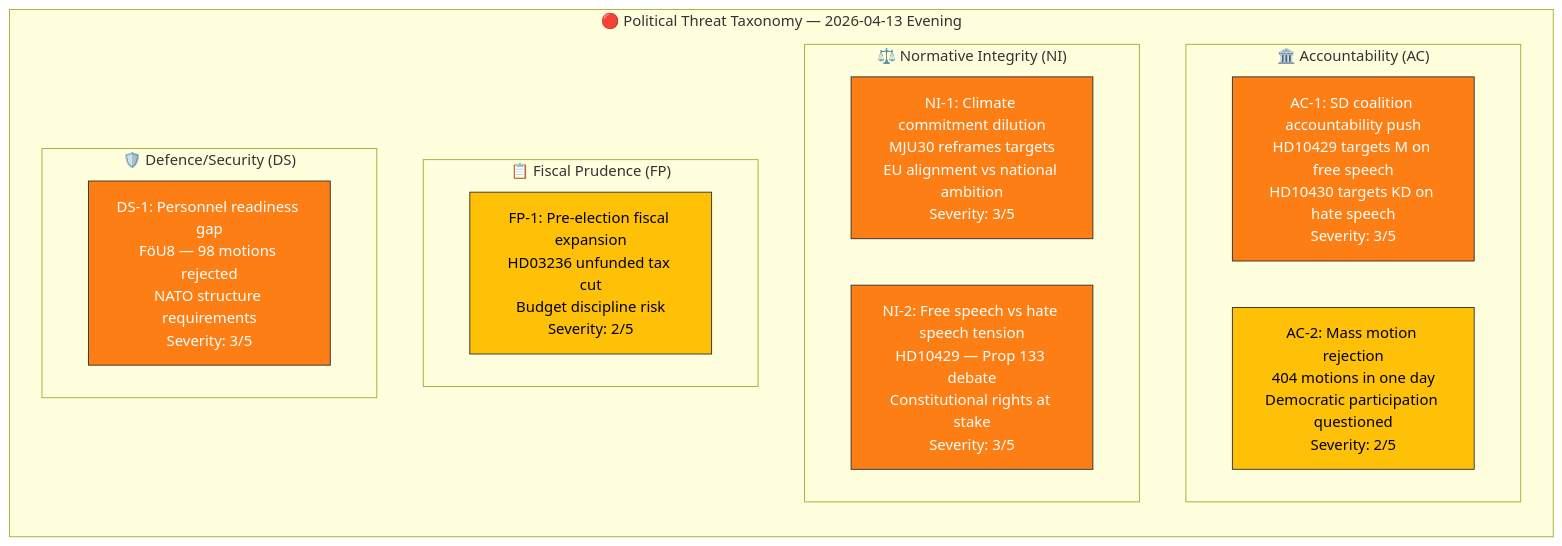
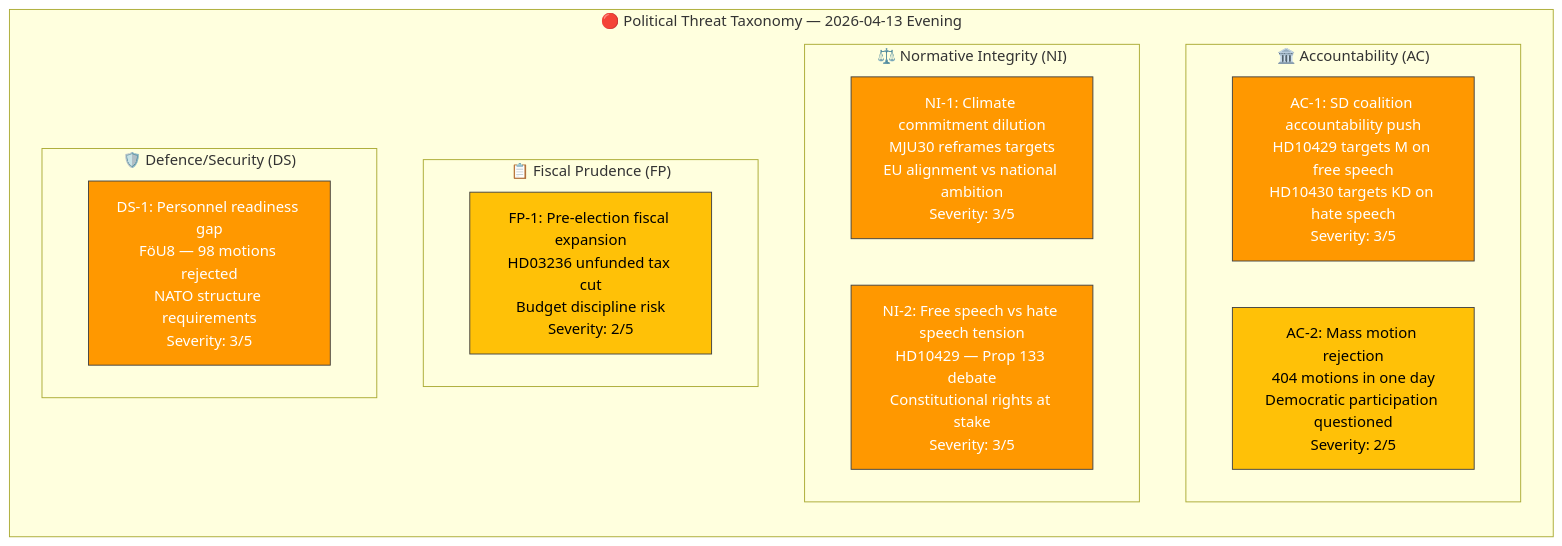
One commit to Hack23/riksdagsmonitor changed the diagram in analysis/daily/2026-04-13/evening-analysis-2/threat-analysis.md. Above: the diagram before and after it, drawn with Mermaid. The commit also changed 785 other files, not shown here.

First line of the commit message:
Normalize mermaid colors across 786 analysis artifacts to ISMS Style Guide palette

````diff
--- a/analysis/daily/2026-04-13/evening-analysis-2/threat-analysis.md
+++ b/analysis/daily/2026-04-13/evening-analysis-2/threat-analysis.md
@@ -16,26 +16,26 @@
 ```mermaid
 graph TD
     subgraph "🔴 Political Threat Taxonomy — 2026-04-13 Evening"
         direction TB
         subgraph AC["🏛️ Accountability (AC)"]
             AC1["AC-1: SD coalition accountability push<br/>HD10429 targets M on free speech<br/>HD10430 targets KD on hate speech<br/>Severity: 3/5"]
             AC2["AC-2: Mass motion rejection<br/>404 motions in one day<br/>Democratic participation questioned<br/>Severity: 2/5"]
         end
         subgraph NI["⚖️ Normative Integrity (NI)"]
             NI1["NI-1: Climate commitment dilution<br/>MJU30 reframes targets<br/>EU alignment vs national ambition<br/>Severity: 3/5"]
             NI2["NI-2: Free speech vs hate speech tension<br/>HD10429 — Prop 133 debate<br/>Constitutional rights at stake<br/>Severity: 3/5"]
         end
         subgraph FP["📋 Fiscal Prudence (FP)"]
             FP1["FP-1: Pre-election fiscal expansion<br/>HD03236 unfunded tax cut<br/>Budget discipline risk<br/>Severity: 2/5"]
         end
         subgraph DS["🛡️ Defence/Security (DS)"]
             DS1["DS-1: Personnel readiness gap<br/>FöU8 — 98 motions rejected<br/>NATO structure requirements<br/>Severity: 3/5"]
         end
     end
-    style AC1 fill:#fd7e14,stroke:#333,color:#fff
-    style AC2 fill:#ffc107,stroke:#333,color:#000
-    style NI1 fill:#fd7e14,stroke:#333,color:#fff
-    style NI2 fill:#fd7e14,stroke:#333,color:#fff
-    style FP1 fill:#ffc107,stroke:#333,color:#000
-    style DS1 fill:#fd7e14,stroke:#333,color:#fff
+    style AC1 fill:#FF9800,stroke:#424242,color:#FFFFFF
+    style AC2 fill:#FFC107,stroke:#424242,color:#000000
+    style NI1 fill:#FF9800,stroke:#424242,color:#FFFFFF
+    style NI2 fill:#FF9800,stroke:#424242,color:#FFFFFF
+    style FP1 fill:#FFC107,stroke:#424242,color:#000000
+    style DS1 fill:#FF9800,stroke:#424242,color:#FFFFFF
 ```
````
